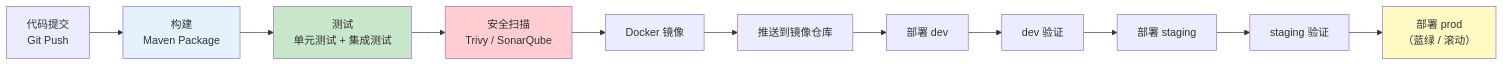
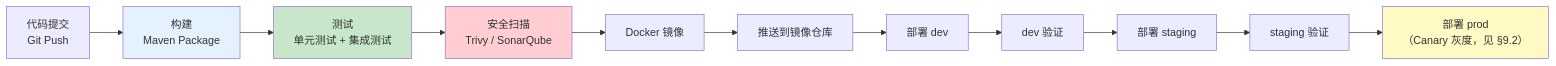
Before and after one commit to UranusGit/java-agent-learn: diagram 11 of 11 in docs/教程/33-部署与运维.md, drawn with Mermaid. The commit also changed other lines of this file and 244 other files, not shown here.

````diff
--- a/docs/教程/33-部署与运维.md
+++ b/docs/教程/33-部署与运维.md
@@ -1067,18 +1355,18 @@
 ```mermaid
 graph LR
     CODE["代码提交<br/>Git Push"] --> BUILD["构建<br/>Maven Package"]
     BUILD --> TEST["测试<br/>单元测试 + 集成测试"]
     TEST --> SCAN["安全扫描<br/>Trivy / SonarQube"]
     SCAN --> DOCKER["Docker 镜像"]
     DOCKER --> PUSH["推送到镜像仓库"]
     PUSH --> DEPLOY_DEV["部署 dev"]
     DEPLOY_DEV --> TEST_DEV["dev 验证"]
     TEST_DEV --> DEPLOY_STAGING["部署 staging"]
     DEPLOY_STAGING --> TEST_STAGING["staging 验证"]
-    TEST_STAGING --> DEPLOY_PROD["部署 prod<br/>（蓝绿 / 滚动）"]
+    TEST_STAGING --> DEPLOY_PROD["部署 prod<br/>（Canary 灰度，见 §9.2）"]
 
     style BUILD fill:#e3f2fd
     style TEST fill:#c8e6c9
     style SCAN fill:#ffcdd2
     style DEPLOY_PROD fill:#fff9c4
 ```
````
